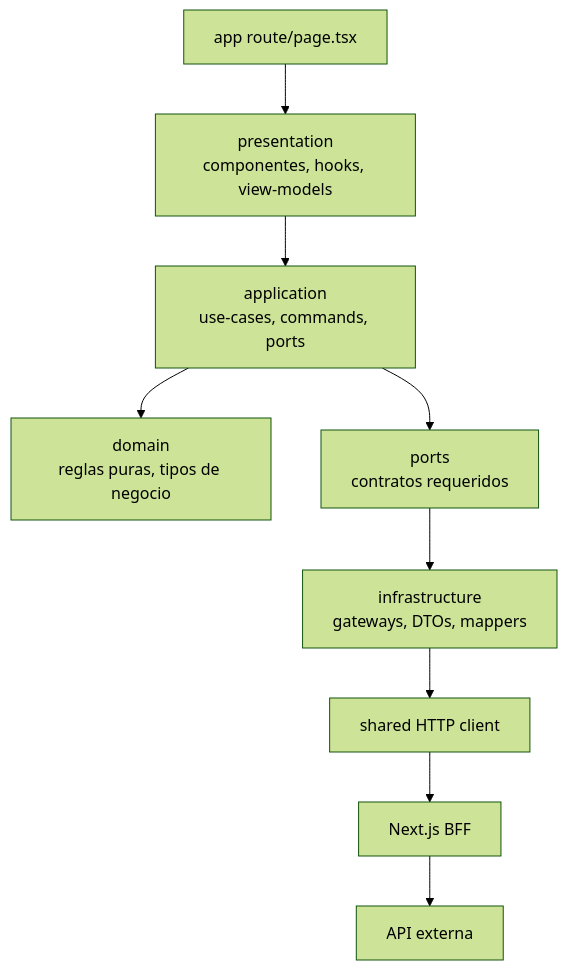
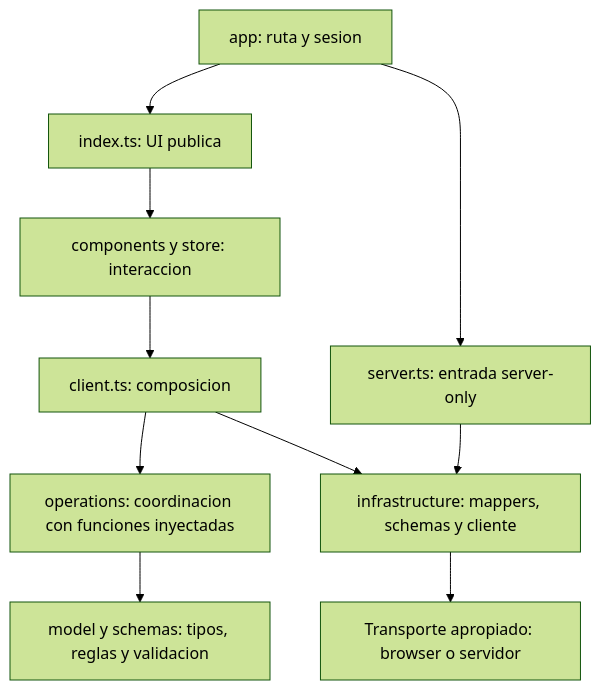
Before and after one commit to luismiguelgs/ciunac-sol-1.3: the second of 3 diagrams in docs/architecture/complete-architecture.md, drawn with Mermaid (forest theme). The commit also changed other lines of this file and 431 other files, not shown here.

````diff
--- a/docs/architecture/complete-architecture.md
+++ b/docs/architecture/complete-architecture.md
@@ -77,11 +31,12 @@
 ```mermaid
 flowchart TD
-    Route["app route/page.tsx"] --> Presentation["presentation\ncomponentes, hooks, view-models"]
-    Presentation --> Application["application\nuse-cases, commands, ports"]
-    Application --> Domain["domain\nreglas puras, tipos de negocio"]
-    Application --> Ports["ports\ncontratos requeridos"]
-    Ports --> Infrastructure["infrastructure\ngateways, DTOs, mappers"]
-    Infrastructure --> SharedHttp["shared HTTP client"]
-    SharedHttp --> BFF["Next.js BFF"]
-    BFF --> ExternalApi["API externa"]
+    Route["app: ruta y sesion"] --> Public["index.ts: UI publica"]
+    Route --> Server["server.ts: entrada server-only"]
+    Public --> UI["components y store: interaccion"]
+    UI --> Client["client.ts: composicion"]
+    Client --> Ops["operations: coordinacion con funciones inyectadas"]
+    Ops --> Model["model y schemas: tipos, reglas y validacion"]
+    Client --> Infra["infrastructure: mappers, schemas y cliente"]
+    Server --> Infra
+    Infra --> HTTP["Transporte apropiado: browser o servidor"]
 ```
````
